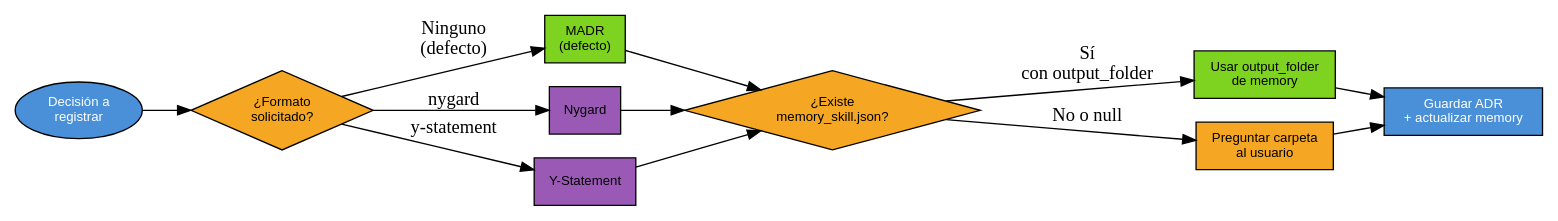
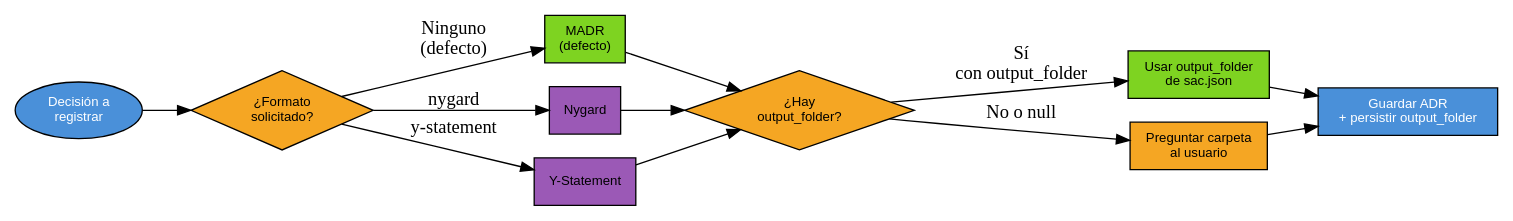
Before and after one commit to JavierDevCol/ia-dev-toolkit: the diagram in skills/crear-adr/SKILL.md, drawn with Graphviz. The commit also changed other lines of this file, not shown here.

First line of the commit message:
feat(crear-adr): read config from sac.json via memctl

````diff
--- a/skills/crear-adr/SKILL.md
+++ b/skills/crear-adr/SKILL.md
@@ -23,28 +23,28 @@
 ```dot
 digraph crearadr {
   rankdir=LR
   node [fontname="Helvetica" fontsize=10]
 
   start [label="Decisión a\nregistrar" shape=ellipse style=filled fillcolor="#4A90D9" fontcolor=white]
   q1 [label="¿Formato\nsolicitado?" shape=diamond style=filled fillcolor="#F5A623"]
   madr [label="MADR\n(defecto)" shape=box style=filled fillcolor="#7ED321"]
   nygard [label="Nygard" shape=box style=filled fillcolor="#9B59B6"]
   ystmt [label="Y-Statement" shape=box style=filled fillcolor="#9B59B6"]
-  q2 [label="¿Existe\nmemory_skill.json?" shape=diamond style=filled fillcolor="#F5A623"]
-  use_mem [label="Usar output_folder\nde memory" shape=box style=filled fillcolor="#7ED321"]
+  q2 [label="¿Hay\noutput_folder?" shape=diamond style=filled fillcolor="#F5A623"]
+  use_mem [label="Usar output_folder\nde sac.json" shape=box style=filled fillcolor="#7ED321"]
   ask [label="Preguntar carpeta\nal usuario" shape=box style=filled fillcolor="#F5A623"]
-  save [label="Guardar ADR\n+ actualizar memory" shape=box style=filled fillcolor="#4A90D9" fontcolor=white]
+  save [label="Guardar ADR\n+ persistir output_folder" shape=box style=filled fillcolor="#4A90D9" fontcolor=white]
 
   start -> q1
   q1 -> madr [label="Ninguno\n(defecto)"]
   q1 -> nygard [label="nygard"]
   q1 -> ystmt [label="y-statement"]
   madr -> q2
   nygard -> q2
   ystmt -> q2
   q2 -> use_mem [label="Sí\ncon output_folder"]
   q2 -> ask [label="No o null"]
   use_mem -> save
   ask -> save
 }
 ```
````
